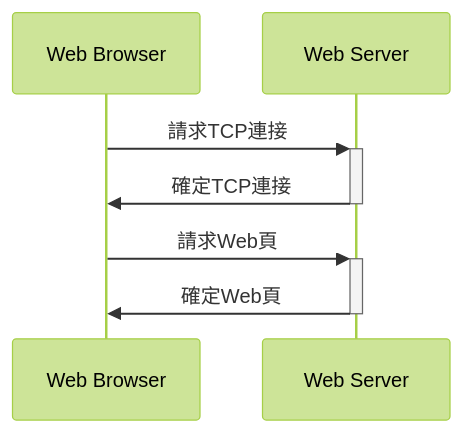
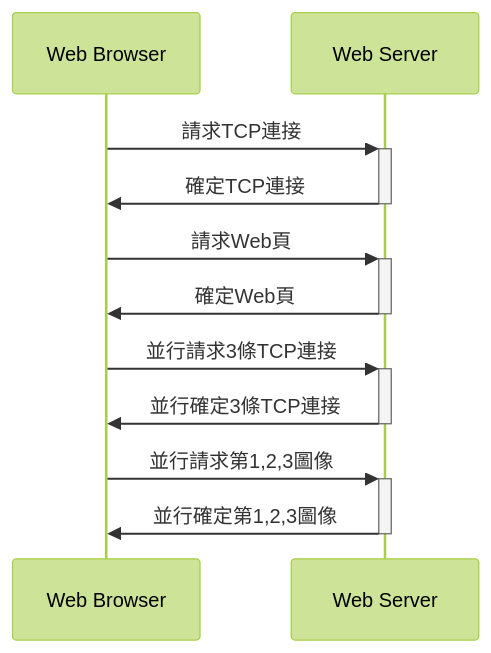
Before and after one commit to chchoiw/chchoiw.github.io: the second of 2 diagrams in _posts/2021-07-21-04741-internet.md, drawn with Mermaid (forest theme). The commit also changed other lines of this file, not shown here.

````diff
--- a/_posts/2021-07-21-04741-internet.md
+++ b/_posts/2021-07-21-04741-internet.md
@@ -46,7 +64,11 @@
 ```mermaid
 sequenceDiagram
     Web Browser->>+Web Server: 請求TCP連接
     Web Server->>-Web Browser: 確定TCP連接
     Web Browser->>+Web Server: 請求Web頁
     Web Server->>-Web Browser: 確定Web頁
+    Web Browser->>+Web Server: 並行請求3條TCP連接
+    Web Server->>-Web Browser: 並行確定3條TCP連接
+    Web Browser->>+Web Server: 並行請求第1,2,3圖像
+    Web Server->>-Web Browser: 並行確定第1,2,3圖像
 ```
````
